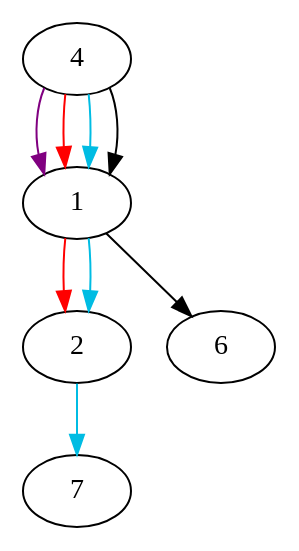
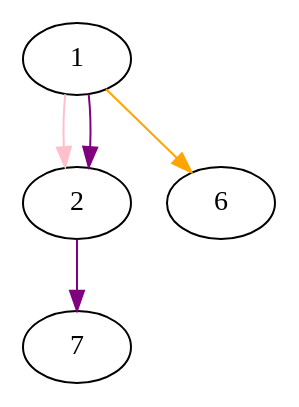
The diagram in LAB/2/L20/var10/loh.dot (yyyyyliaa/SUAI_CPP_Lab), drawn with Graphviz before and after one commit. The commit also changed 1 other file, not shown here.

```diff
--- a/LAB/2/L20/var10/loh.dot
+++ b/LAB/2/L20/var10/loh.dot
@@ -1,8 +1,7 @@
 digraph G {
 
-4 -> 1 [color = "purple"];
-4 -> 1 -> 2 [color = "red"];
-4 -> 1 -> 2 -> 7 [color = "#00bce3"];
-4 -> 1 -> 6 [color = "black"];
+1 -> 2 [color = "pink"];
+1 -> 2 -> 7 [color = "purple"];
+1 -> 6 [color = "orange"];
 
 }
```
